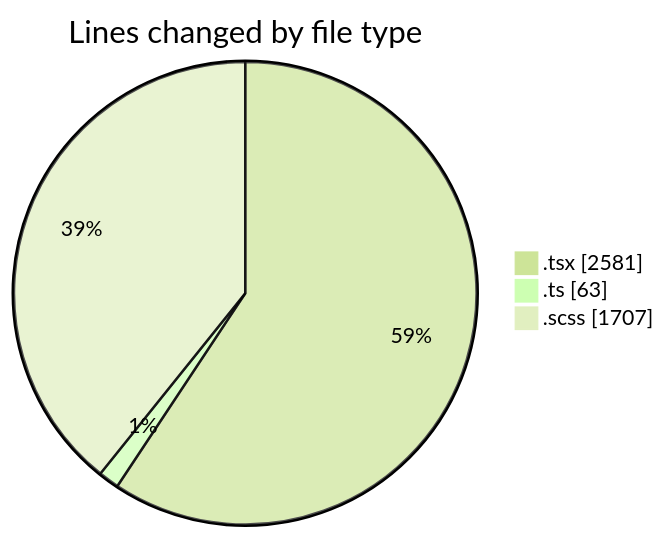
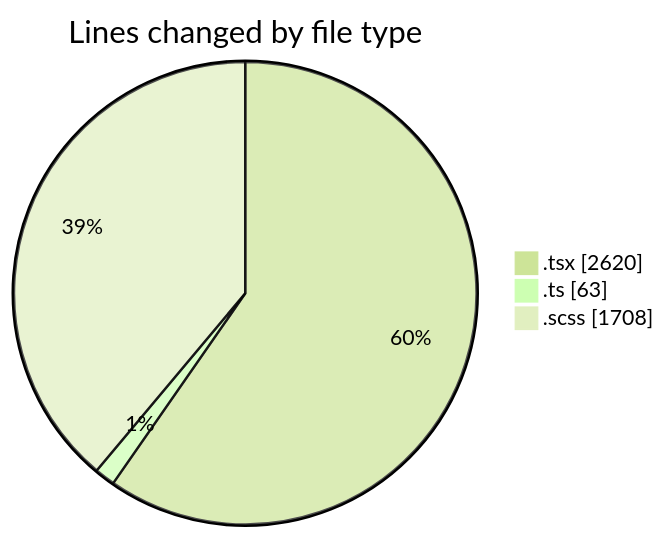
Before and after one commit to momahboobian/code-tracking: the first of 2 diagrams in 2025-04-02/cda/README.md, drawn with Mermaid (forest theme). The commit also changed other lines of this file and 1 other file, not shown here.

````diff
--- a/2025-04-02/cda/README.md
+++ b/2025-04-02/cda/README.md
@@ -30,7 +30,7 @@
 ```mermaid
 pie showData
 title Lines changed by file type
-".tsx" : 2581
+".tsx" : 2620
 ".ts" : 63
-".scss" : 1707
+".scss" : 1708
 ```
````
